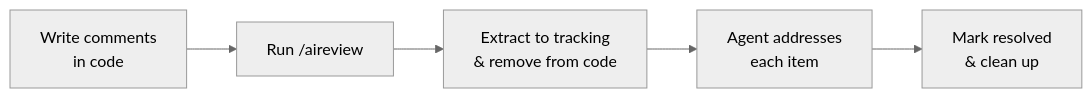
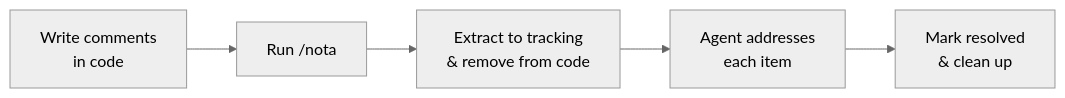
Before and after one commit to urso/nota: the diagram in README.md, drawn with Mermaid (neutral theme). The commit also changed other lines of this file and 29 other files, not shown here.

````diff
--- a/README.md
+++ b/README.md
@@ -25,7 +25,7 @@
 ```mermaid
 flowchart LR
-    A["Write comments\nin code"] --> B["Run /aireview"]
+    A["Write comments\nin code"] --> B["Run /nota"]
     B --> C["Extract to tracking\n& remove from code"]
     C --> D["Agent addresses\neach item"]
     D --> E["Mark resolved\n& clean up"]
 ```
````
